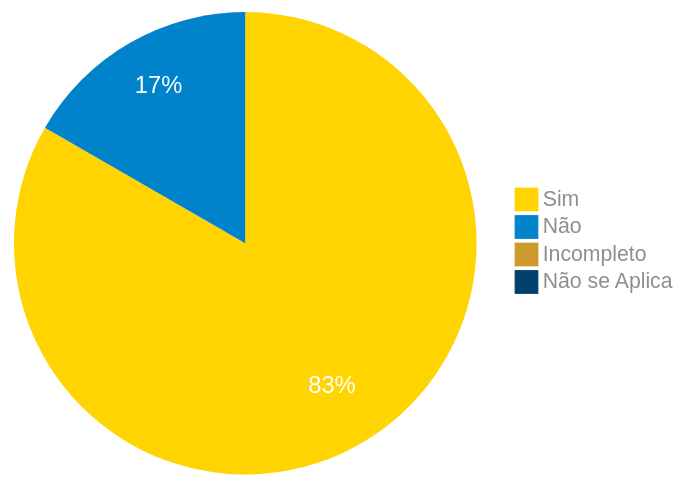
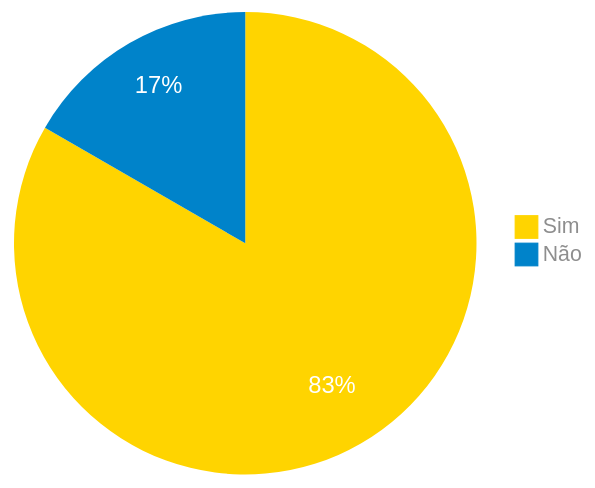
The diagram in docs/verificacao/grupo/elicitacao/tecnicas/analise-documental.md (Requisitos-de-Software/2024.1-Correios), drawn with Mermaid before and after one commit. The commit also changed other lines of this file and 2 other files, not shown here.

````diff
--- a/docs/verificacao/grupo/elicitacao/tecnicas/analise-documental.md
+++ b/docs/verificacao/grupo/elicitacao/tecnicas/analise-documental.md
@@ -80,24 +80,22 @@
 ``` mermaid
 %%{
   init: {
     'theme': 'base',
     'themeVariables': {
         'primaryColor': '#FFD400',
         'secondaryColor': '#0083CA',
         'tertiaryColor': '#CD992B',
         'pie4': '#00416B',
         'primaryTextColor': '#8e8e8e',
         'pieStrokeWidth': '0px',
         'pieOuterStrokeWidth': '0px',
         'pieOpacity': '1',
         'pieSectionTextColor': '#fff',
         'pieSectionTextSize': '19px'
     }
   }
 }%%
 pie
     "Sim" : 5
     "Não" : 1
-    "Incompleto" : 0
-    "Não se Aplica" : 0
 ```
````
